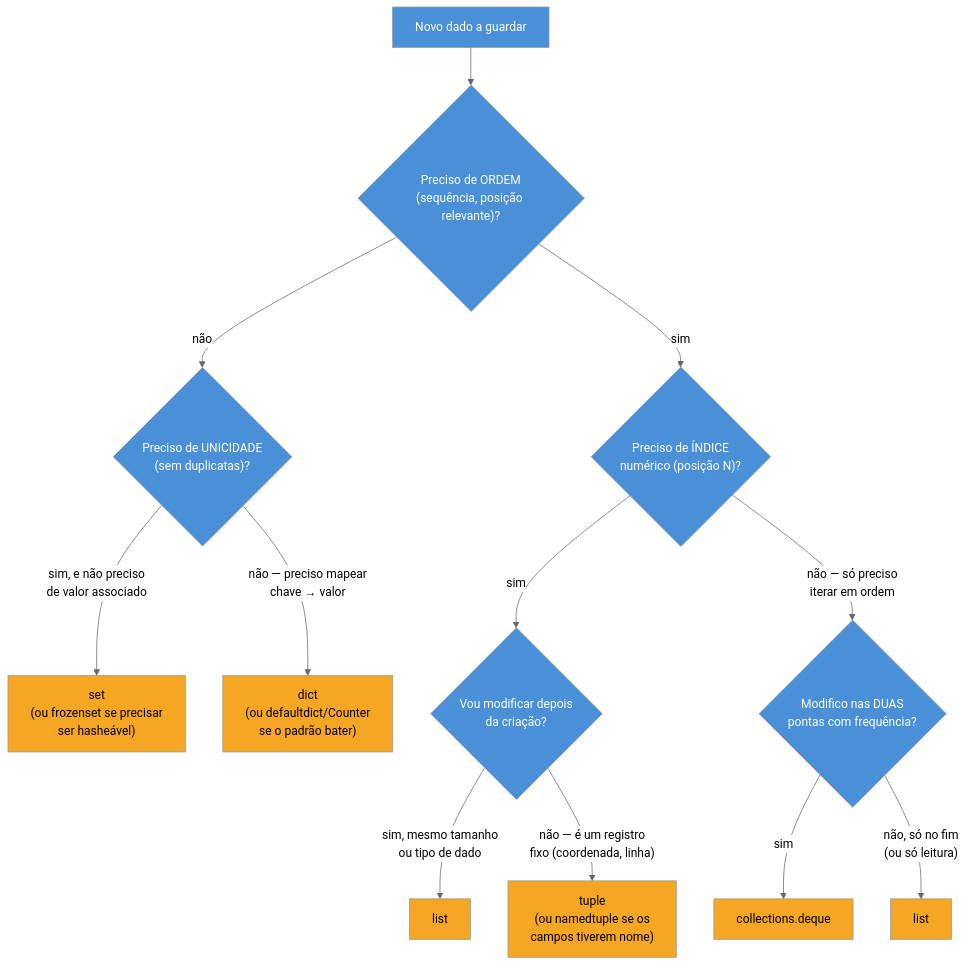
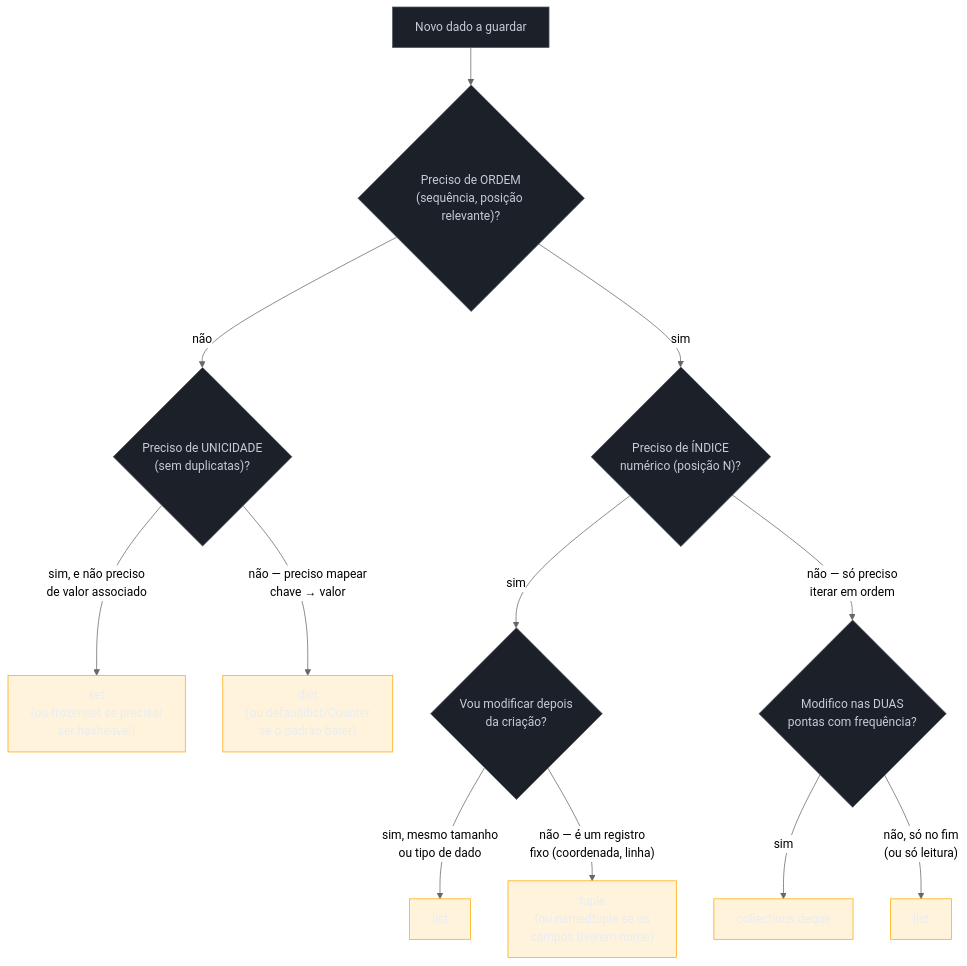
The second of 2 diagrams in 03-Dominios/Tecnologia/Python/Collections e Comprehensions/08 - Escolhendo a estrutura certa.md (josenaldo/codex-technomanticus), drawn with Mermaid (neutral theme) before and after one commit. The commit also changed other lines of this file and 1181 other files, not shown here.

First line of the commit message:
fix(diagramas): paleta do sistema no lugar de cor cravada no markdown

````diff
--- a/03-Dominios/Tecnologia/Python/Collections e Comprehensions/08 - Escolhendo a estrutura certa.md
+++ b/03-Dominios/Tecnologia/Python/Collections e Comprehensions/08 - Escolhendo a estrutura certa.md
@@ -123,32 +126,34 @@
 ```mermaid
 flowchart TD
+    classDef neutro fill:#1B2029,stroke:#4E5666,color:#C6CCD8
+    classDef destaque fill:#FFAA0024,stroke:#FFAA00,color:#E9ECF2
     Q0["Novo dado a guardar"] --> Q1{"Preciso de ORDEM<br/>(sequência, posição relevante)?"}
 
     Q1 -->|"não"| Q2{"Preciso de UNICIDADE<br/>(sem duplicatas)?"}
     Q1 -->|"sim"| Q3{"Preciso de ÍNDICE<br/>numérico (posição N)?"}
 
     Q2 -->|"sim, e não preciso<br/>de valor associado"| SET["set<br/>(ou frozenset se precisar<br/>ser hasheável)"]
     Q2 -->|"não — preciso mapear<br/>chave → valor"| DICT["dict<br/>(ou defaultdict/Counter<br/>se o padrão bater)"]
 
     Q3 -->|"sim"| Q4{"Vou modificar depois<br/>da criação?"}
     Q3 -->|"não — só preciso<br/>iterar em ordem"| Q5{"Modifico nas DUAS<br/>pontas com frequência?"}
 
     Q4 -->|"sim, mesmo tamanho<br/>ou tipo de dado"| LIST["list"]
     Q4 -->|"não — é um registro<br/>fixo (coordenada, linha)"| TUPLE["tuple<br/>(ou namedtuple se os<br/>campos tiverem nome)"]
 
     Q5 -->|"sim"| DEQUE["collections.deque"]
     Q5 -->|"não, só no fim<br/>(ou só leitura)"| LIST2["list"]
 
-    style Q0 fill:#4A90D9,color:#fff
-    style Q1 fill:#4A90D9,color:#fff
-    style Q2 fill:#4A90D9,color:#fff
-    style Q3 fill:#4A90D9,color:#fff
-    style Q4 fill:#4A90D9,color:#fff
-    style Q5 fill:#4A90D9,color:#fff
-    style SET fill:#F5A623,color:#000
-    style DICT fill:#F5A623,color:#000
-    style LIST fill:#F5A623,color:#000
-    style LIST2 fill:#F5A623,color:#000
-    style TUPLE fill:#F5A623,color:#000
-    style DEQUE fill:#F5A623,color:#000
+    class Q0 neutro
+    class Q1 neutro
+    class Q2 neutro
+    class Q3 neutro
+    class Q4 neutro
+    class Q5 neutro
+    class SET destaque
+    class DICT destaque
+    class LIST destaque
+    class LIST2 destaque
+    class TUPLE destaque
+    class DEQUE destaque
 ```
````
